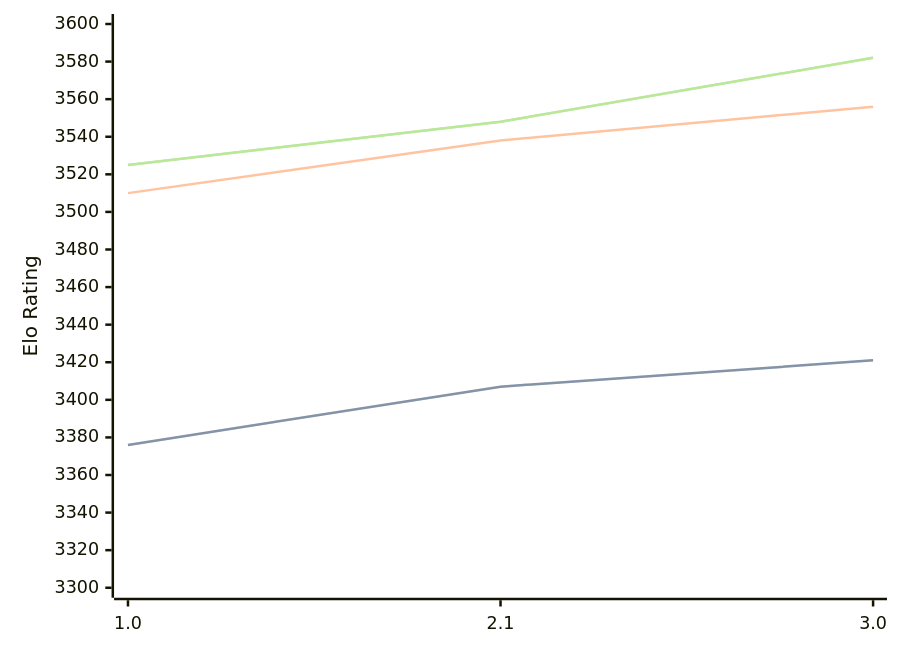
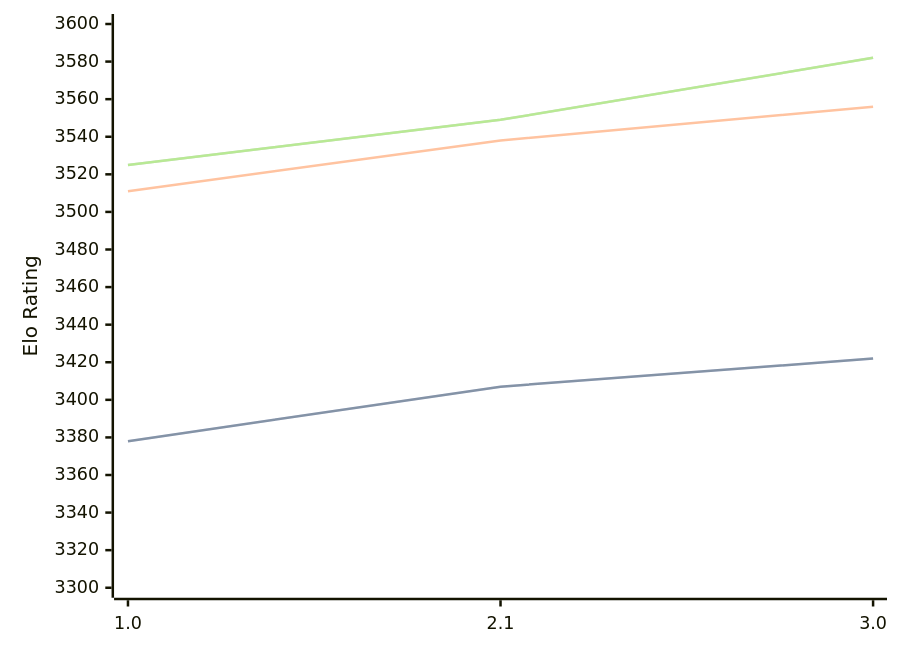
Before and after one commit to computer-chess-index/cci: the diagram in engines/Hobbes.md, drawn with Mermaid. The commit also changed other lines of this file, not shown here.

Commit message:
Update CCI Ratings (ELO VLTC) - 2026-09-16

````diff
--- a/engines/Hobbes.md
+++ b/engines/Hobbes.md
@@ -33,11 +33,11 @@
 ```mermaid
 %%{init: {"theme":"base","themeVariables":{"seriesColors:['#a3a3a3','#222221','#faa371']}}}%%
 xychart-beta
   x-axis ["1.0", "2.1", "3.0"]
   y-axis "Elo Rating" 3300 --> 3600
-  line "" [3376, 3407, 3421]
-  line "STC (8.0+0.08s)" [3376, 3407, 3421]
-  line "LTC (60.0+0.60s)" [3510, 3538, 3556]
-  line "" [3525, 3548, 3582]
-  line "VLTC (2m24s+1.12s)" [3525, 3548, 3582]
+  line "" [3378, 3407, 3422]
+  line "STC (8.0+0.08s)" [3378, 3407, 3422]
+  line "LTC (60.0+0.60s)" [3511, 3538, 3556]
+  line "" [3525, 3549, 3582]
+  line "VLTC (2m24s+1.12s)" [3525, 3549, 3582]
 ```
````
